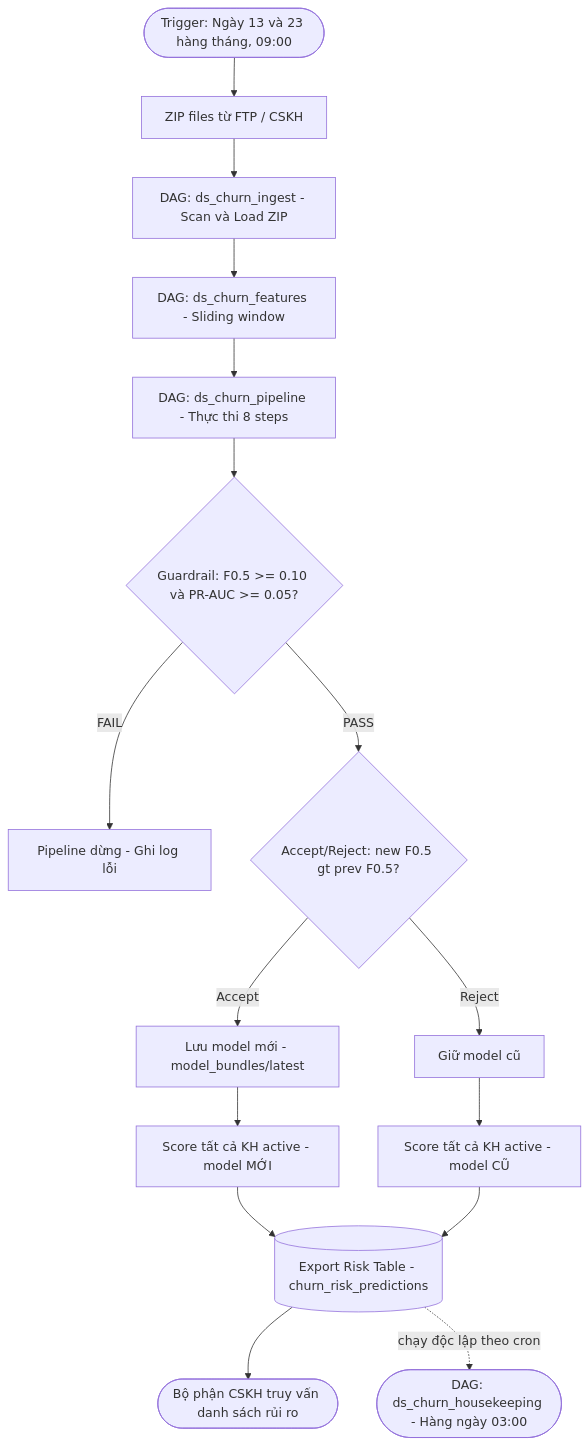
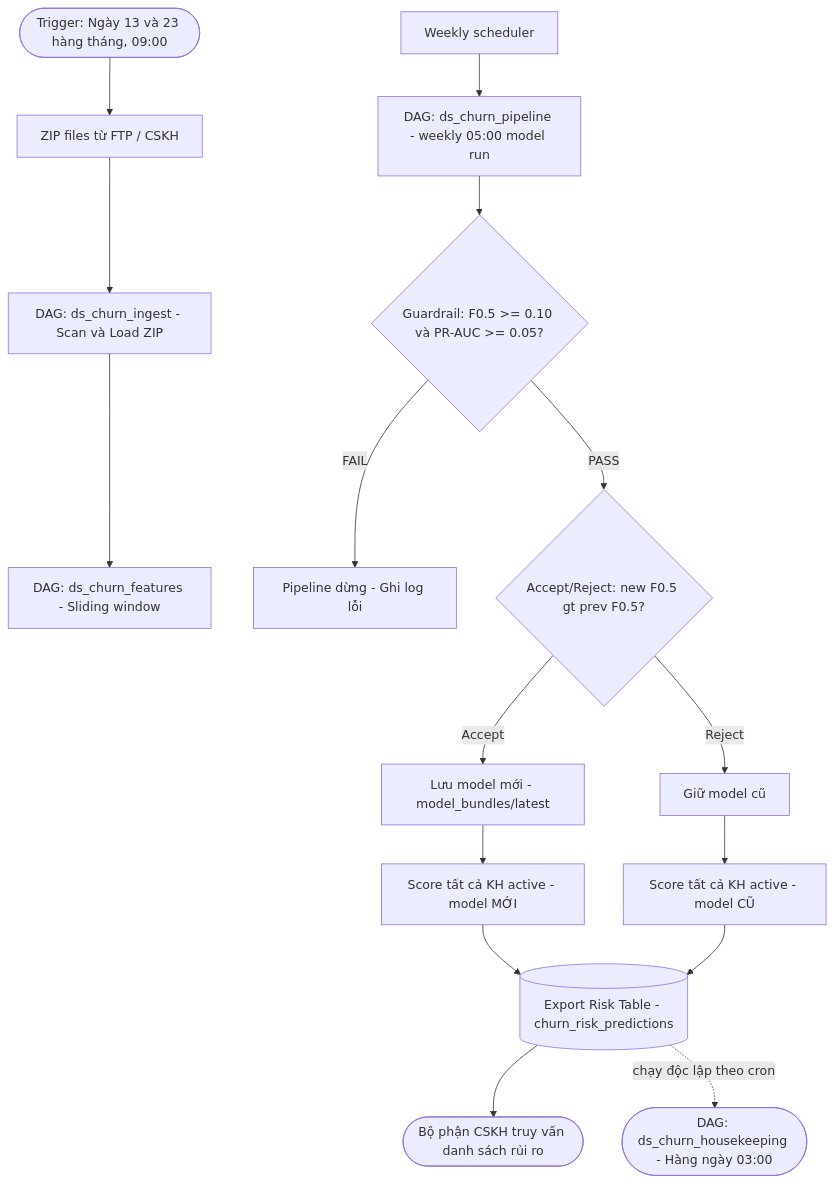
The second of 2 diagrams in README.md (FindingAnAn/crm_churn_warning), drawn with Mermaid before and after one commit. The commit also changed other lines of this file and 97 other files, not shown here.

````diff
--- a/README.md
+++ b/README.md
@@ -239,45 +288,46 @@
 ```mermaid
 flowchart TD
     Trigger(["Trigger: Ngày 13 và 23 hàng tháng, 09:00"])
 
     Files["ZIP files từ FTP / CSKH"]
     Trigger --> Files
 
     Ingest["DAG: ds_churn_ingest - Scan và Load ZIP"]
     Files --> Ingest
 
     Features["DAG: ds_churn_features - Sliding window"]
     Ingest --> Features
 
-    Pipeline["DAG: ds_churn_pipeline - Thực thi 8 steps"]
-    Features --> Pipeline
+    Pipeline["DAG: ds_churn_pipeline - weekly 05:00 model run"]
+    Scheduler["Weekly scheduler"]
+    Scheduler --> Pipeline
 
     Guardrail{"Guardrail: F0.5 >= 0.10 và PR-AUC >= 0.05?"}
     Pipeline --> Guardrail
 
     Fail["Pipeline dừng - Ghi log lỗi"]
     Guardrail -->|"FAIL"| Fail
 
     AcceptReject{"Accept/Reject: new F0.5 gt prev F0.5?"}
     Guardrail -->|"PASS"| AcceptReject
 
     Save["Lưu model mới - model_bundles/latest"]
     Keep["Giữ model cũ"]
     AcceptReject -->|"Accept"| Save
     AcceptReject -->|"Reject"| Keep
 
     ScoreNew["Score tất cả KH active - model MỚI"]
     ScoreOld["Score tất cả KH active - model CŨ"]
     Save --> ScoreNew
     Keep --> ScoreOld
 
     Export[("Export Risk Table - churn_risk_predictions")]
     ScoreNew --> Export
     ScoreOld --> Export
 
     CSKH(["Bộ phận CSKH truy vấn danh sách rủi ro"])
     Export --> CSKH
 
     Housekeeping(["DAG: ds_churn_housekeeping - Hàng ngày 03:00"])
     Export -. "chạy độc lập theo cron" .-> Housekeeping
 ```
````
